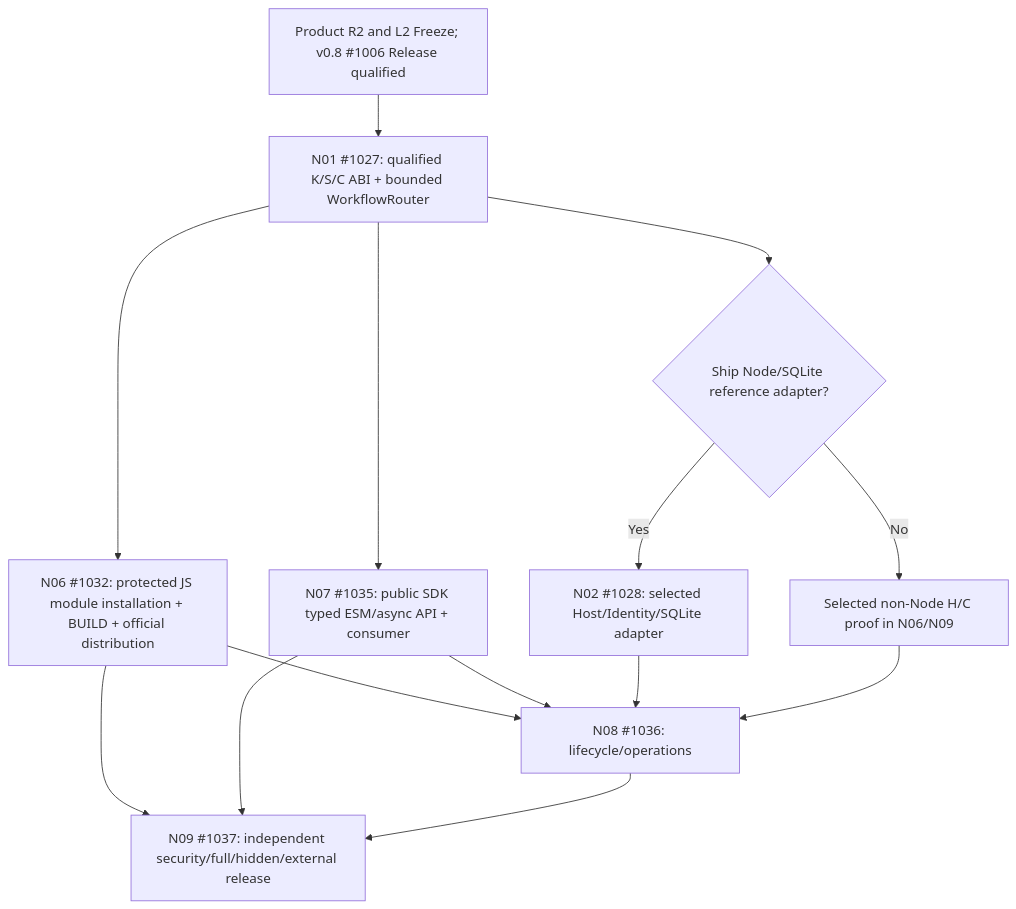
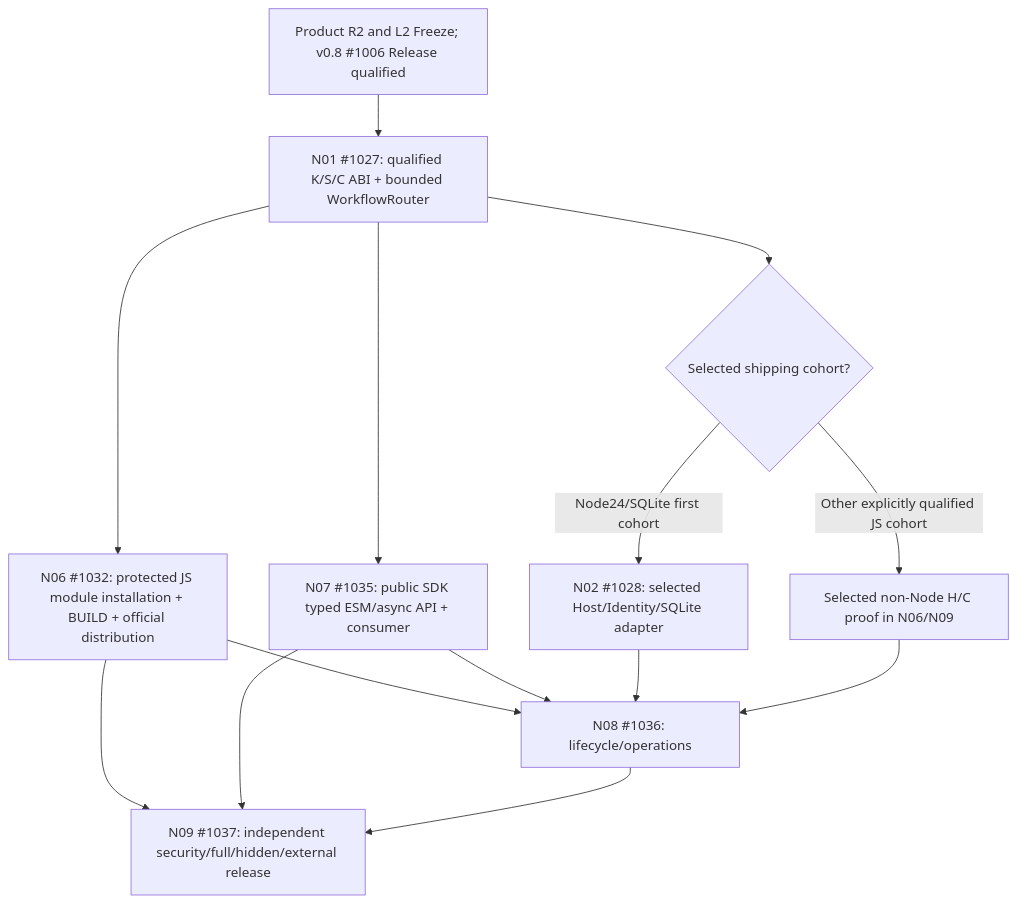
Before and after one commit to kaicreator-mm/domain-harness: the diagram in docs/implementation/DomainHarness_v0.9_TASK_DAG_DRAFT_R1.md, drawn with Mermaid. The commit also changed other lines of this file, not shown here.

````diff
--- a/docs/implementation/DomainHarness_v0.9_TASK_DAG_DRAFT_R1.md
+++ b/docs/implementation/DomainHarness_v0.9_TASK_DAG_DRAFT_R1.md
@@ -24,16 +24,16 @@
 ```mermaid
 flowchart TD
   G[Product R2 and L2 Freeze; v0.8 #1006 Release qualified] --> A["N01 #1027: qualified K/S/C ABI + bounded WorkflowRouter"]
   A --> B["N06 #1032: protected JS module installation + BUILD + official distribution"]
   A --> C["N07 #1035: public SDK typed ESM/async API + consumer"]
-  A --> O{"Ship Node/SQLite reference adapter?"}
-  O -->|Yes| D["N02 #1028: selected Host/Identity/SQLite adapter"]
-  O -->|No| E["Selected non-Node H/C proof in N06/N09"]
+  A --> O{"Selected shipping cohort?"}
+  O -->|Node24/SQLite first cohort| D["N02 #1028: selected Host/Identity/SQLite adapter"]
+  O -->|Other explicitly qualified JS cohort| E["Selected non-Node H/C proof in N06/N09"]
   B --> F["N08 #1036: lifecycle/operations"]
   C --> F
   D --> F
   E --> F
   B --> R["N09 #1037: independent security/full/hidden/external release"]
   C --> R
   F --> R
 ```
````
